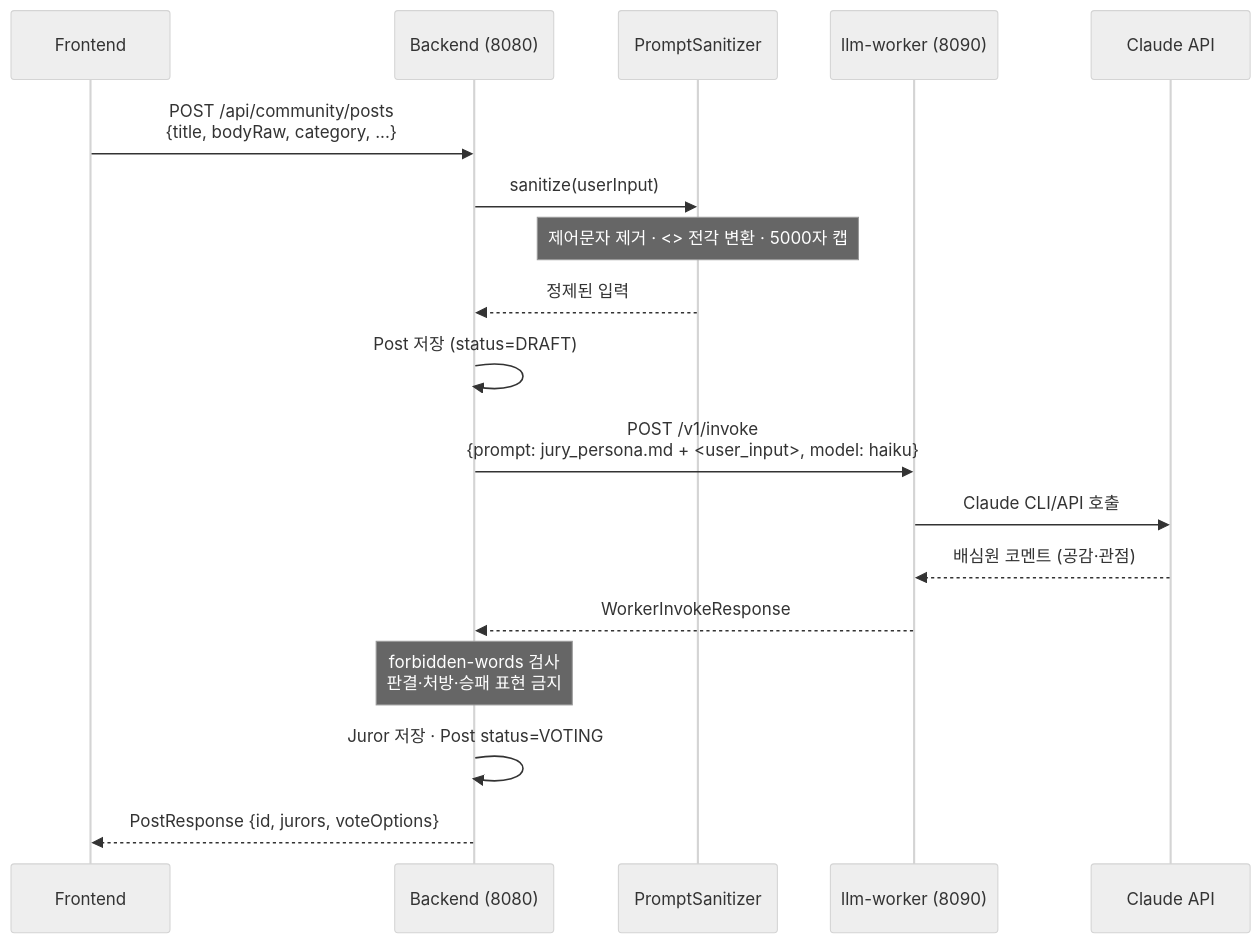
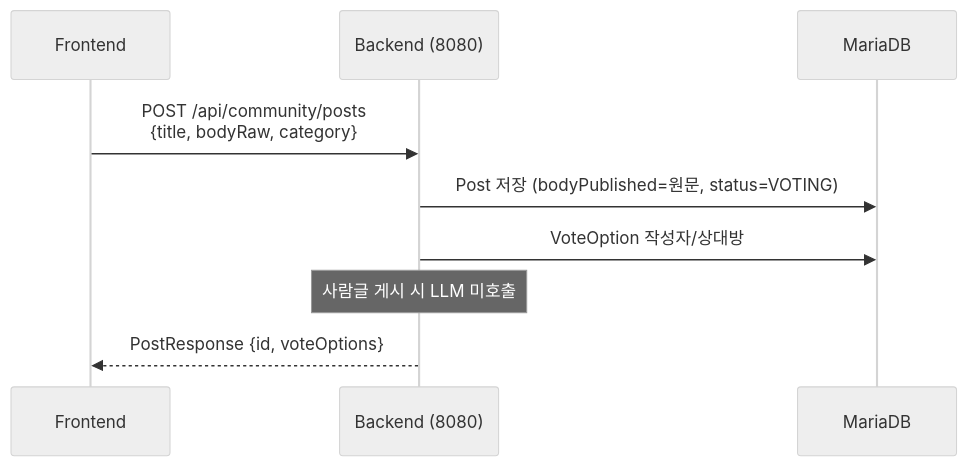
One commit to Justant-source/Again-Spring changed the first of 9 diagrams in docs/shared/api/flows.md. Above: the diagram before and after it, drawn with Mermaid (neutral theme). The commit also changed other lines of this file and 116 other files, not shown here.

First line of the commit message:
remove unused AI jury feature and align docs with community empathy product

````diff
--- a/docs/shared/api/flows.md
+++ b/docs/shared/api/flows.md
@@ -12,21 +12,12 @@
 ```mermaid
 sequenceDiagram
     participant FE as Frontend
     participant BE as Backend (8080)
-    participant PS as PromptSanitizer
-    participant LW as llm-worker (8090)
-    participant Claude as Claude API
+    participant DB as MariaDB
 
-    FE->>BE: POST /api/community/posts<br/>{title, bodyRaw, category, ...}
-    BE->>PS: sanitize(userInput)
-    Note over PS: 제어문자 제거 · <> 전각 변환 · 5000자 캡
-    PS-->>BE: 정제된 입력
-    BE->>BE: Post 저장 (status=DRAFT)
-    BE->>LW: POST /v1/invoke<br/>{prompt: jury_persona.md + <user_input>, model: haiku}
-    LW->>Claude: Claude CLI/API 호출
-    Claude-->>LW: 배심원 코멘트 (공감·관점)
-    LW-->>BE: WorkerInvokeResponse
-    Note over BE: forbidden-words 검사<br/>판결·처방·승패 표현 금지
-    BE->>BE: Juror 저장 · Post status=VOTING
-    BE-->>FE: PostResponse {id, jurors, voteOptions}
+    FE->>BE: POST /api/community/posts<br/>{title, bodyRaw, category}
+    BE->>DB: Post 저장 (bodyPublished=원문, status=VOTING)
+    BE->>DB: VoteOption 작성자/상대방
+    Note over BE: 사람글 게시 시 LLM 미호출
+    BE-->>FE: PostResponse {id, voteOptions}
 ```
````
